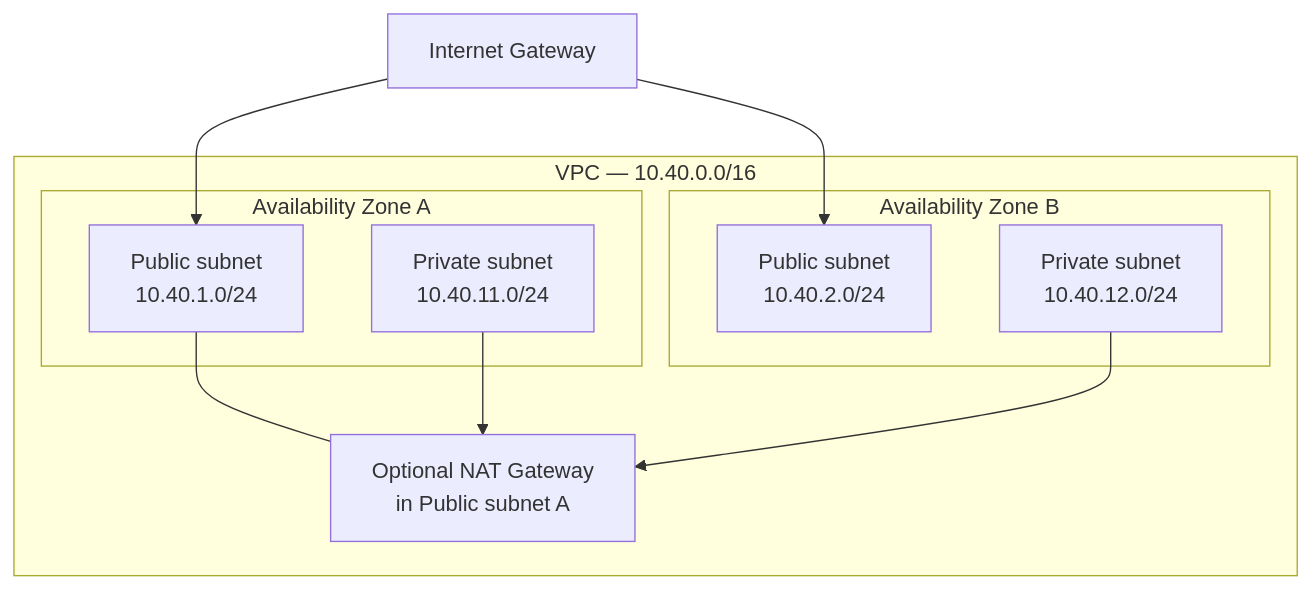
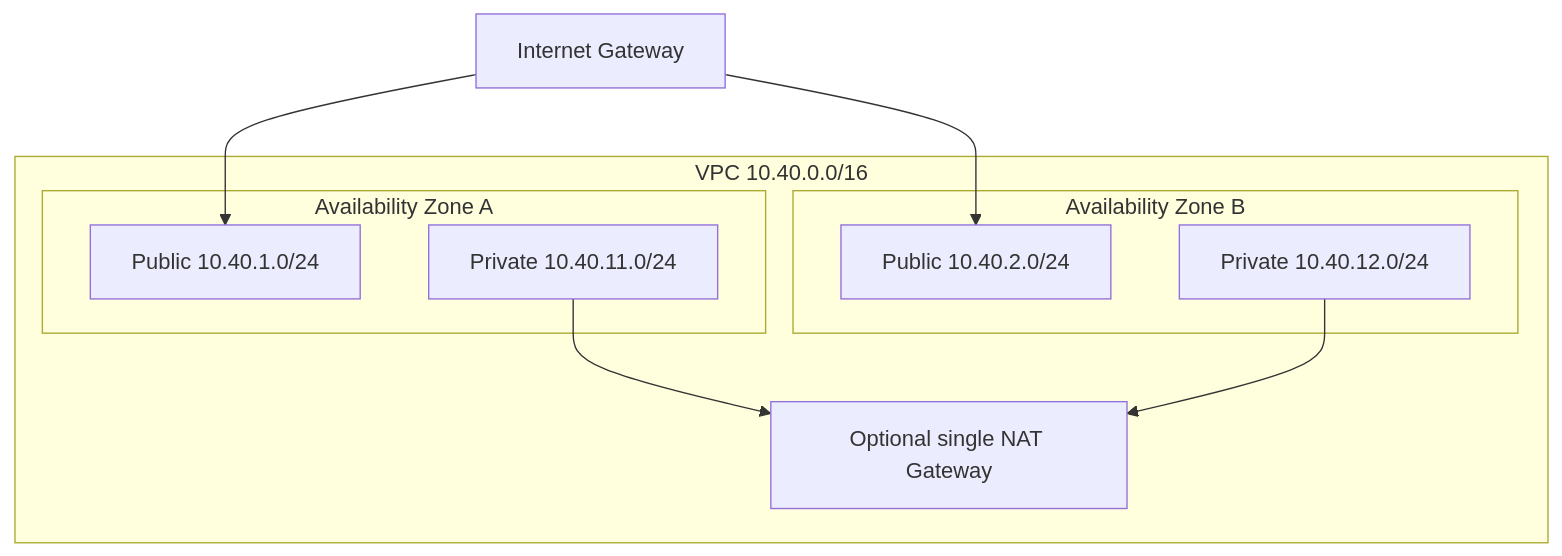
Before and after one commit to haqueamir70-coder/aws-enterprise-cloud-governance-security-platform: the second of 2 diagrams in README.md, drawn with Mermaid. The commit also changed other lines of this file, not shown here.

````diff
--- a/README.md
+++ b/README.md
@@ -95,20 +65,19 @@
 ```mermaid
 flowchart TB
-    IGW["Internet Gateway"]
-    subgraph VPC["VPC — 10.40.0.0/16"]
-      subgraph AZA["Availability Zone A"]
-        PA["Public subnet<br/>10.40.1.0/24"]
-        PRA["Private subnet<br/>10.40.11.0/24"]
-      end
-      subgraph AZB["Availability Zone B"]
-        PB["Public subnet<br/>10.40.2.0/24"]
-        PRB["Private subnet<br/>10.40.12.0/24"]
-      end
-      NAT["Optional NAT Gateway<br/>in Public subnet A"]
-      PA --- NAT
-      PRA --> NAT
-      PRB --> NAT
+  IGW[Internet Gateway]
+  subgraph VPC[VPC 10.40.0.0/16]
+    subgraph AZA[Availability Zone A]
+      PubA[Public 10.40.1.0/24]
+      PrivA[Private 10.40.11.0/24]
     end
-    IGW --> PA
-    IGW --> PB
+    subgraph AZB[Availability Zone B]
+      PubB[Public 10.40.2.0/24]
+      PrivB[Private 10.40.12.0/24]
+    end
+    NAT[Optional single NAT Gateway]
+    PrivA --> NAT
+    PrivB --> NAT
+  end
+  IGW --> PubA
+  IGW --> PubB
 ```
````
